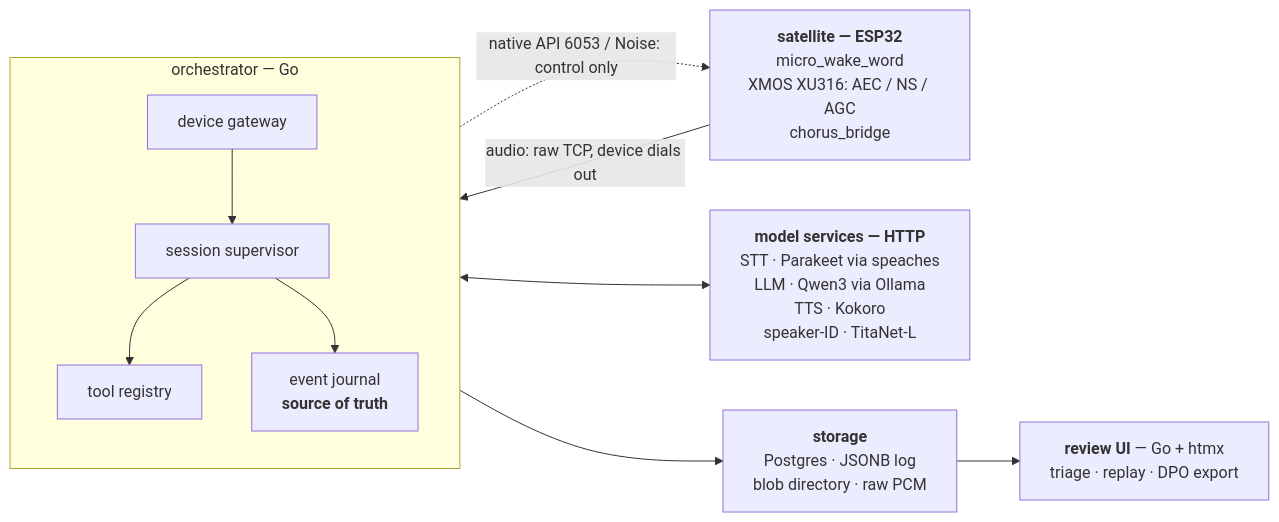
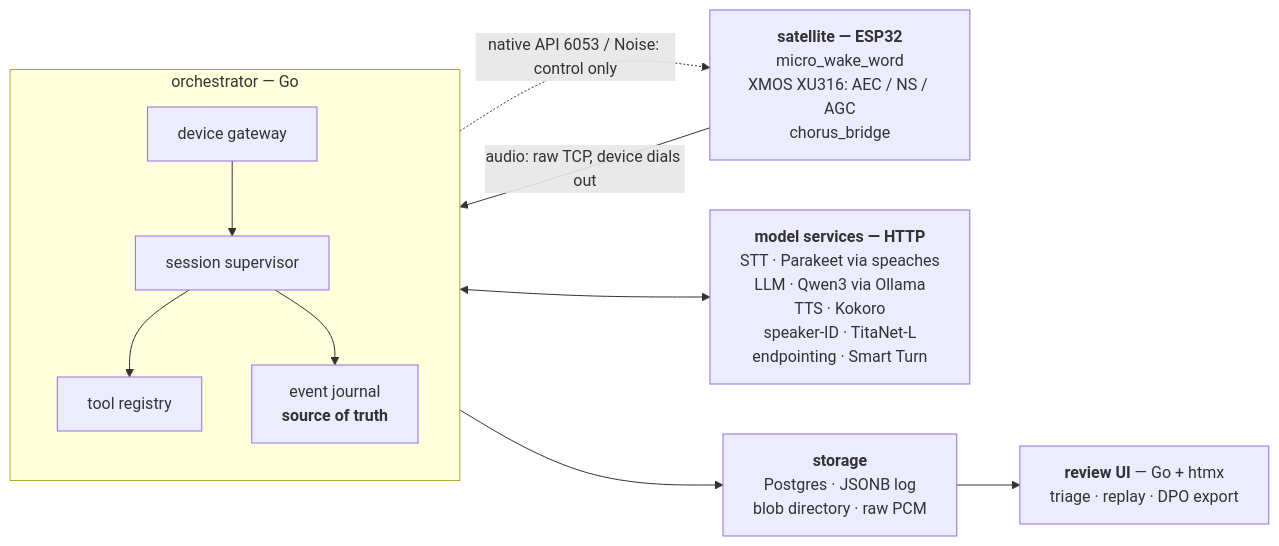
The diagram in README.md (Teagan42/Chorus), drawn with Mermaid before and after one commit. The commit also changed other lines of this file and 37 other files, not shown here.

First line of the commit message:
feat: end a turn when Smart Turn says it is over (#37)

````diff
--- a/README.md
+++ b/README.md
@@ -62,20 +63,20 @@
 ```mermaid
 flowchart LR
     SAT["<b>satellite — ESP32</b><br/>micro_wake_word<br/>XMOS XU316: AEC / NS / AGC<br/>chorus_bridge"]
 
     subgraph ORCH["orchestrator — Go"]
         direction TB
         GW["device gateway"] --> SUP["session supervisor"]
         SUP --> REG["tool registry"]
         SUP --> JRN["event journal<br/><b>source of truth</b>"]
     end
 
-    SIDE["<b>model services — HTTP</b><br/>STT · Parakeet via speaches<br/>LLM · Qwen3 via Ollama<br/>TTS · Kokoro<br/>speaker-ID · TitaNet-L"]
+    SIDE["<b>model services — HTTP</b><br/>STT · Parakeet via speaches<br/>LLM · Qwen3 via Ollama<br/>TTS · Kokoro<br/>speaker-ID · TitaNet-L<br/>endpointing · Smart Turn"]
     STORE["<b>storage</b><br/>Postgres · JSONB log<br/>blob directory · raw PCM"]
     UI["<b>review UI</b> — Go + htmx<br/>triage · replay · DPO export"]
 
     SAT -- "audio: raw TCP, device dials out" --> GW
     GW -. "native API 6053 / Noise: control only" .-> SAT
     SUP <--> SIDE
     JRN --> STORE --> UI
 ```
````
